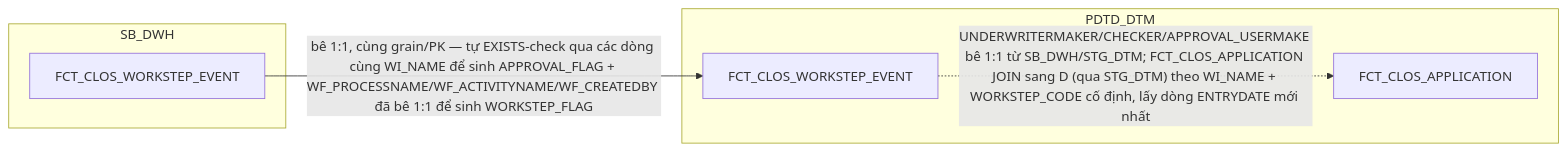
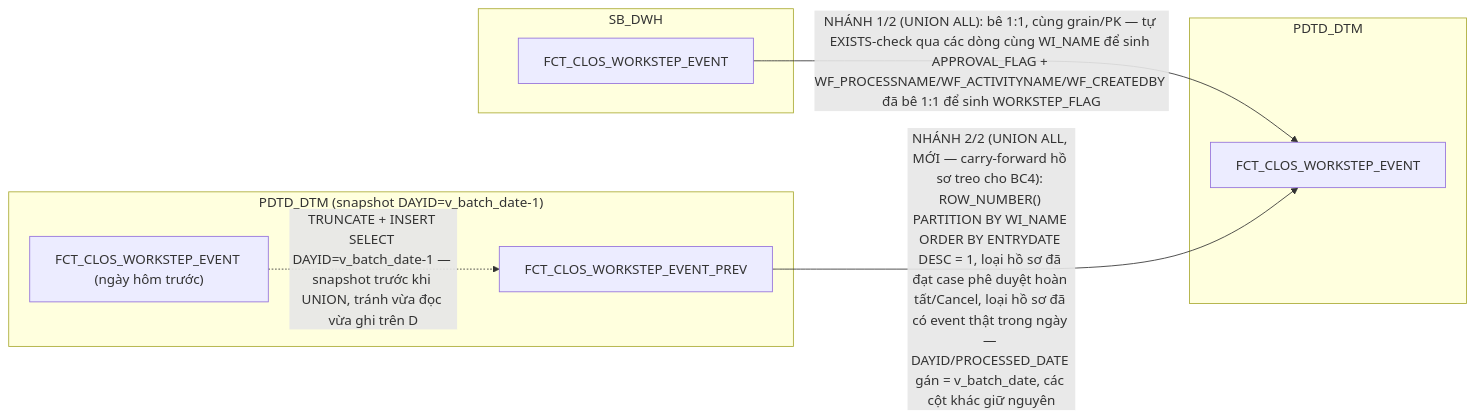
One commit to chien1198/sb-mapping-gen changed the eighth of 19 diagrams in hld/hld_review/HLD_FCT_PDTD_DTM_review.md. Above: the diagram before and after it, drawn with Mermaid. The commit also changed other lines of this file and 12 other files, not shown here.

````diff
--- a/hld/hld_review/HLD_FCT_PDTD_DTM_review.md
+++ b/hld/hld_review/HLD_FCT_PDTD_DTM_review.md
@@ -508,12 +534,16 @@
 ```mermaid
 flowchart LR
     subgraph SB_DWH
         C["FCT_CLOS_WORKSTEP_EVENT"]
     end
+    subgraph PDTD_DTM_PREV["PDTD_DTM (snapshot DAYID=v_batch_date-1)"]
+        DPREV["FCT_CLOS_WORKSTEP_EVENT (ngày hôm trước)"]
+        P["FCT_CLOS_WORKSTEP_EVENT_PREV"]
+    end
     subgraph PDTD_DTM
         D["FCT_CLOS_WORKSTEP_EVENT"]
-        AA["FCT_CLOS_APPLICATION"]
     end
-    C -->|"bê 1:1, cùng grain/PK — tự EXISTS-check qua các dòng cùng WI_NAME để sinh APPROVAL_FLAG + WF_PROCESSNAME/WF_ACTIVITYNAME/WF_CREATEDBY đã bê 1:1 để sinh WORKSTEP_FLAG "| D
-    D -.->|"UNDERWRITERMAKER/CHECKER/APPROVAL_USERMAKE bê 1:1 từ SB_DWH/STG_DTM; FCT_CLOS_APPLICATION JOIN sang D (qua STG_DTM) theo WI_NAME + WORKSTEP_CODE cố định, lấy dòng ENTRYDATE mới nhất"| AA
+    DPREV -.->|"TRUNCATE + INSERT SELECT DAYID=v_batch_date-1 — snapshot trước khi UNION, tránh vừa đọc vừa ghi trên D"| P
+    C -->|"NHÁNH 1/2 (UNION ALL): bê 1:1, cùng grain/PK — tự EXISTS-check qua các dòng cùng WI_NAME để sinh APPROVAL_FLAG + WF_PROCESSNAME/WF_ACTIVITYNAME/WF_CREATEDBY đã bê 1:1 để sinh WORKSTEP_FLAG "| D
+    P -->|"NHÁNH 2/2 (UNION ALL, MỚI — carry-forward hồ sơ treo cho BC4): ROW_NUMBER() PARTITION BY WI_NAME ORDER BY ENTRYDATE DESC = 1, loại hồ sơ đã đạt case phê duyệt hoàn tất/Cancel, loại hồ sơ đã có event thật trong ngày — DAYID/PROCESSED_DATE gán = v_batch_date, các cột khác giữ nguyên"| D
 ```
````
